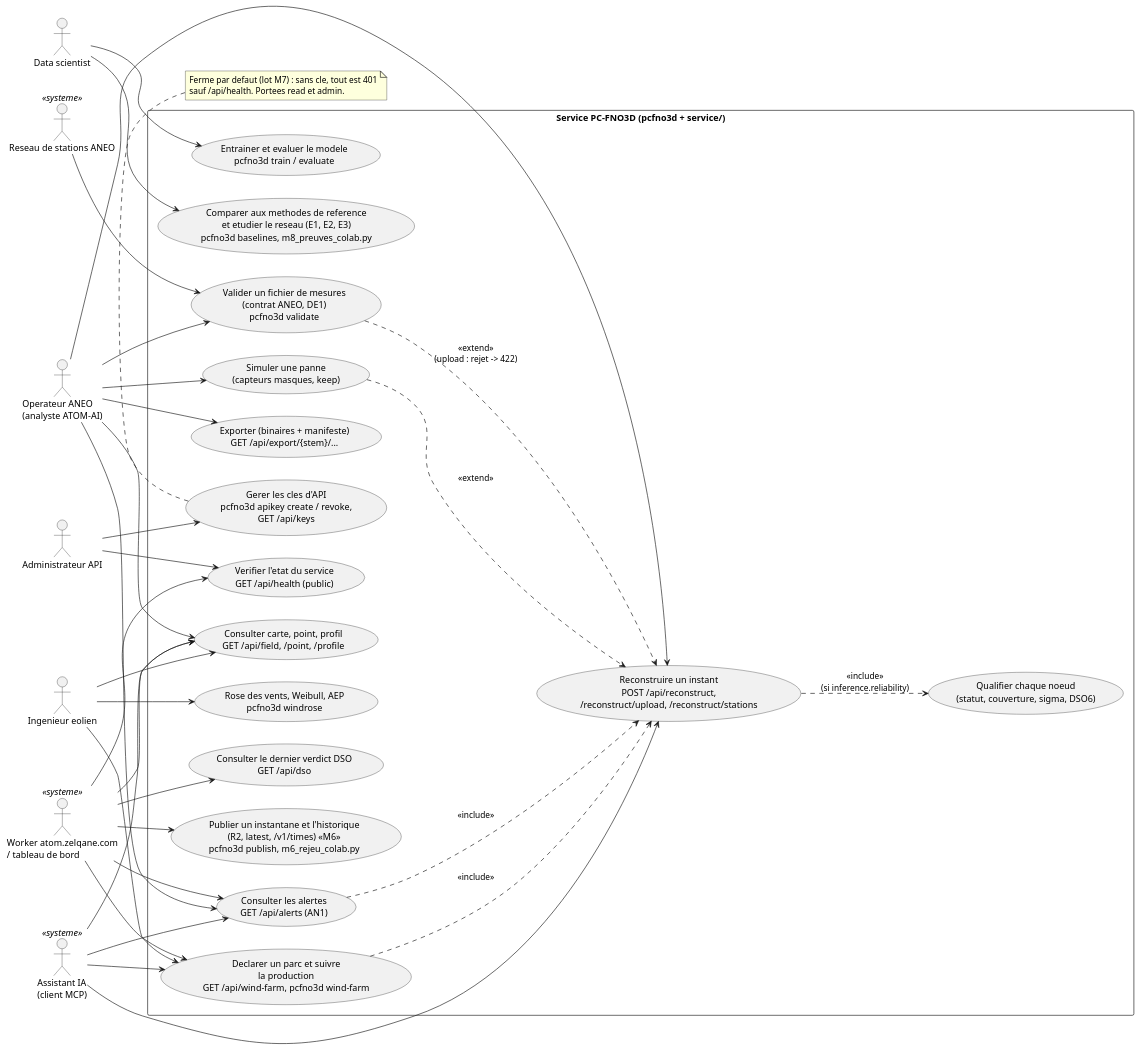
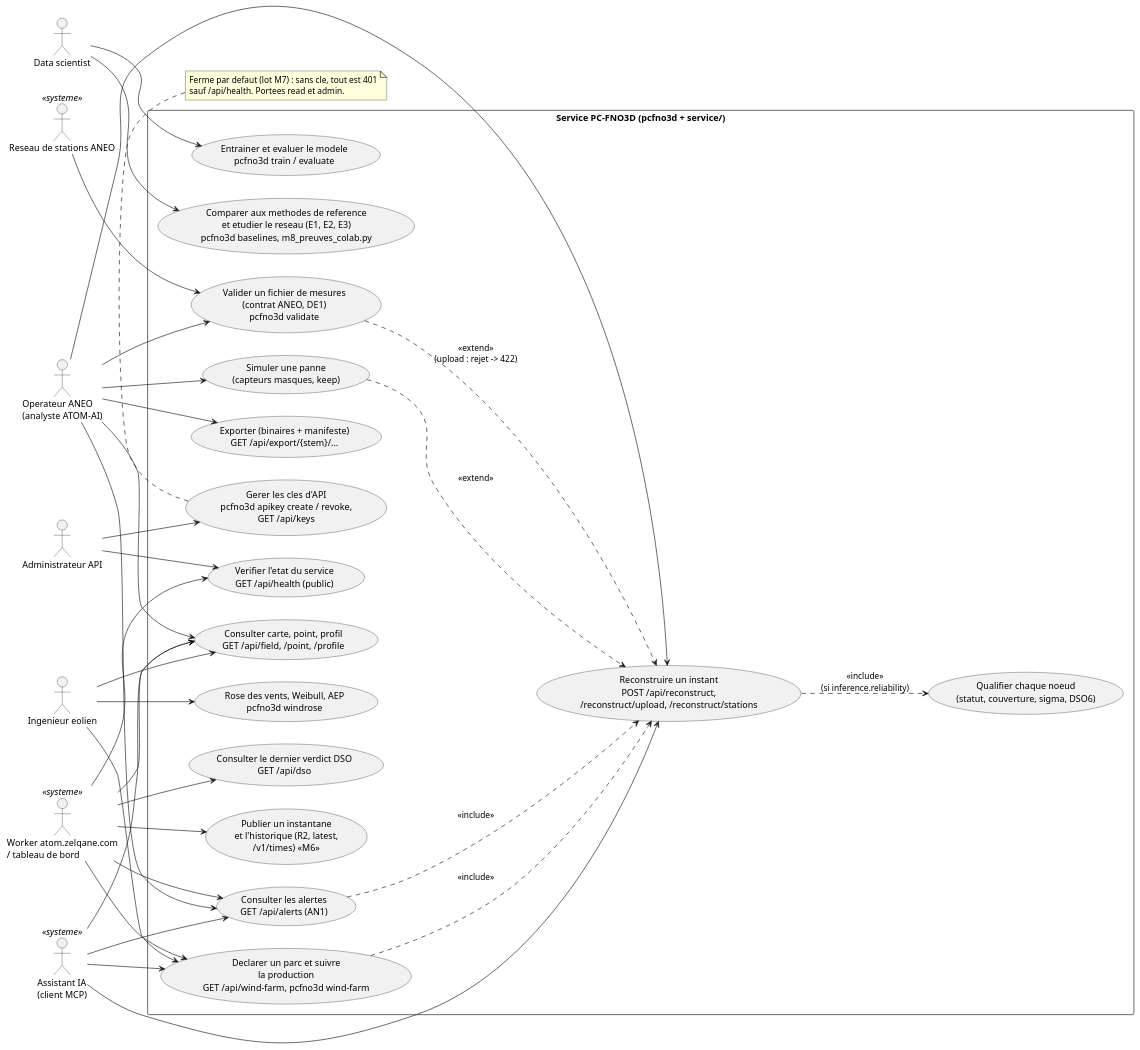
Before and after one commit to ines-rouatbi/pcfno3d: the diagram in docs/uml/cas_utilisation.puml, drawn with PlantUML. The commit also changed 4 other files, not shown here.

First line of the commit message:
Docs : retours a la ligne dans les UML M6 / M8 et PUBLICATION.md

```diff
--- a/docs/uml/cas_utilisation.puml
+++ b/docs/uml/cas_utilisation.puml
@@ -1,73 +1,73 @@
 @startuml cas_utilisation
 ' Diagramme de cas d'utilisation — PC-FNO3D (lot M8, tache 14 du cahier v9, p. 44).
 ' Noms verifies contre le code : commandes de src/pcfno3d/cli.py, routes /api de
 ' service/app.py, outils MCP de service/mcp_server.py, Worker de atom.zelqane.com
 ' (depot atom-dashboard, src/worker.js et src/v1.js de la branche f1-r2). Le cas <<M6>>
 ' (publication R2, historique /v1/times) est implemente par src/pcfno3d/publish.py
 ' (docs/PUBLICATION.md).
 left to right direction
 skinparam packageStyle rectangle
 skinparam shadowing false
 
 actor "Operateur ANEO\n(analyste ATOM-AI)" as Op
 actor "Ingenieur eolien" as Eol
 actor "Administrateur API" as Adm
 actor "Worker atom.zelqane.com\n/ tableau de bord" as Wk <<systeme>>
 actor "Assistant IA\n(client MCP)" as IA <<systeme>>
 actor "Reseau de stations ANEO" as Res <<systeme>>
 actor "Data scientist" as DS
 
 rectangle "Service PC-FNO3D (pcfno3d + service/)" {
   usecase "Valider un fichier de mesures\n(contrat ANEO, DE1)\npcfno3d validate" as UC_val
   usecase "Reconstruire un instant\nPOST /api/reconstruct,\n/reconstruct/upload, /reconstruct/stations" as UC_rec
   usecase "Qualifier chaque noeud\n(statut, couverture, sigma, DSO6)" as UC_fia
   usecase "Consulter carte, point, profil\nGET /api/field, /point, /profile" as UC_vue
   usecase "Consulter les alertes\nGET /api/alerts (AN1)" as UC_al
   usecase "Simuler une panne\n(capteurs masques, keep)" as UC_pan
   usecase "Declarer un parc et suivre\nla production\nGET /api/wind-farm, pcfno3d wind-farm" as UC_parc
   usecase "Rose des vents, Weibull, AEP\npcfno3d windrose" as UC_rose
   usecase "Exporter (binaires + manifeste)\nGET /api/export/{stem}/..." as UC_exp
   usecase "Consulter le dernier verdict DSO\nGET /api/dso" as UC_dso
   usecase "Gerer les cles d'API\npcfno3d apikey create / revoke,\nGET /api/keys" as UC_cle
   usecase "Verifier l'etat du service\nGET /api/health (public)" as UC_sante
   usecase "Entrainer et evaluer le modele\npcfno3d train / evaluate" as UC_eval
   usecase "Comparer aux methodes de reference\net etudier le reseau (E1, E2, E3)\npcfno3d baselines, m8_preuves_colab.py" as UC_preuve
-  usecase "Publier un instantane et l'historique\n(R2, latest, /v1/times) <<M6>>\npcfno3d publish, m6_rejeu_colab.py" as UC_pub
+  usecase "Publier un instantane\net l'historique (R2, latest,\n/v1/times) <<M6>>" as UC_pub
 }
 
 Res --> UC_val
 Op --> UC_val
 Op --> UC_rec
 Op --> UC_vue
 Op --> UC_al
 Op --> UC_pan
 Op --> UC_exp
 Eol --> UC_parc
 Eol --> UC_rose
 Eol --> UC_vue
 Wk --> UC_sante
 Wk --> UC_vue
 Wk --> UC_al
 Wk --> UC_parc
 Wk --> UC_dso
 Wk --> UC_pub
 IA --> UC_rec
 IA --> UC_vue
 IA --> UC_al
 IA --> UC_parc
 Adm --> UC_cle
 Adm --> UC_sante
 DS --> UC_eval
 DS --> UC_preuve
 
 UC_rec ..> UC_fia : <<include>>\n(si inference.reliability)
 UC_al ..> UC_rec : <<include>>
 UC_parc ..> UC_rec : <<include>>
 UC_pan ..> UC_rec : <<extend>>
 UC_val ..> UC_rec : <<extend>>\n(upload : rejet -> 422)
 
 note bottom of UC_cle
   Ferme par defaut (lot M7) : sans cle, tout est 401
   sauf /api/health. Portees read et admin.
 end note
 @enduml
```
